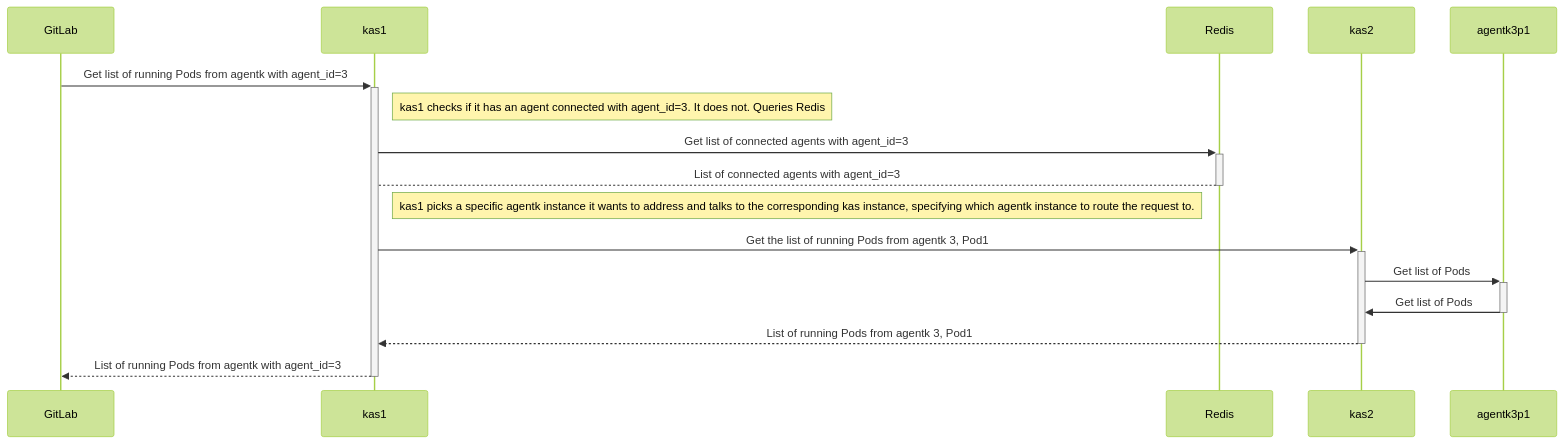
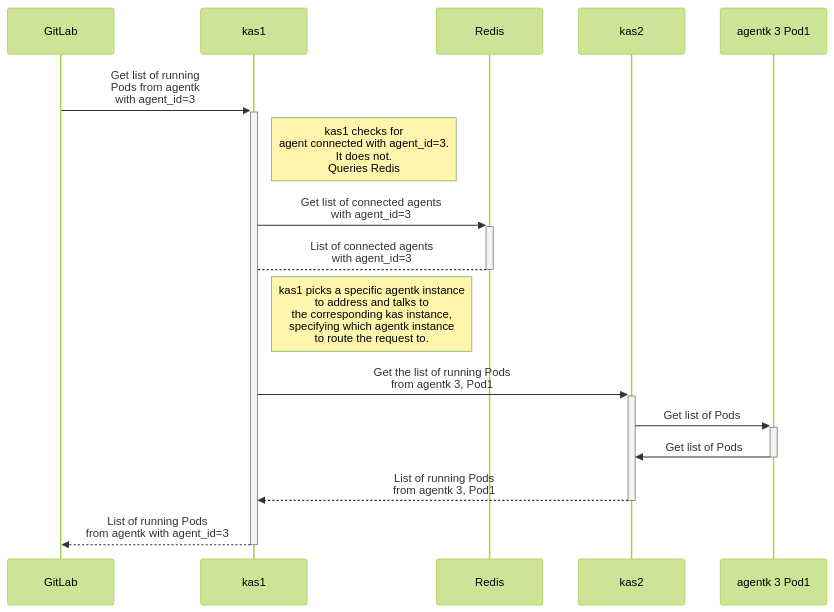
One commit to abaer123/gitlab-agent changed the second of 4 diagrams in doc/kas_request_routing.md. Above: the diagram before and after it, drawn with Mermaid (forest theme). The commit also changed other lines of this file and 6 other files, not shown here.

````diff
--- a/doc/kas_request_routing.md
+++ b/doc/kas_request_routing.md
@@ -56,13 +55,13 @@
 ```mermaid
 sequenceDiagram
-  GitLab->>+kas1: Get list of running Pods from agentk with agent_id=3
-  Note right of kas1: kas1 checks if it has an agent connected with agent_id=3. It does not. Queries Redis
-  kas1->>+Redis: Get list of connected agents with agent_id=3
-  Redis-->-kas1: List of connected agents with agent_id=3
-  Note right of kas1: kas1 picks a specific agentk instance it wants to address and talks to the corresponding kas instance, specifying which agentk instance to route the request to.
-  kas1->>+kas2: Get the list of running Pods from agentk 3, Pod1
-  kas2->>+agentk3p1: Get list of Pods
-  agentk3p1->>-kas2: Get list of Pods
-  kas2-->>-kas1: List of running Pods from agentk 3, Pod1
-  kas1-->>-GitLab: List of running Pods from agentk with agent_id=3
+  GitLab->>+kas1: Get list of running<br />Pods from agentk<br />with agent_id=3
+  Note right of kas1: kas1 checks for<br />agent connected with agent_id=3.<br />It does not.<br />Queries Redis
+  kas1->>+Redis: Get list of connected agents<br />with agent_id=3
+  Redis-->-kas1: List of connected agents<br />with agent_id=3
+  Note right of kas1: kas1 picks a specific agentk instance<br />to address and talks to<br />the corresponding kas instance,<br />specifying which agentk instance<br />to route the request to.
+  kas1->>+kas2: Get the list of running Pods<br />from agentk 3, Pod1
+  kas2->>+agentk 3 Pod1: Get list of Pods
+  agentk 3 Pod1->>-kas2: Get list of Pods
+  kas2-->>-kas1: List of running Pods<br />from agentk 3, Pod1
+  kas1-->>-GitLab: List of running Pods<br />from agentk with agent_id=3
 ```
````
